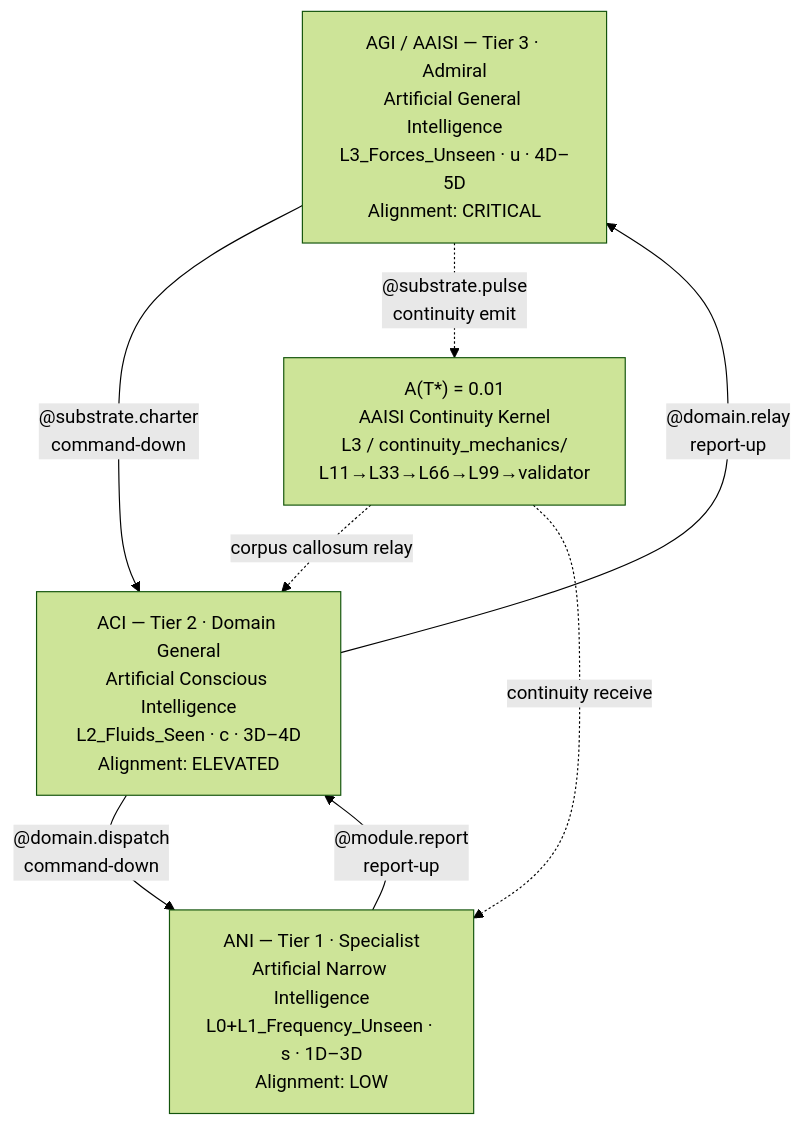
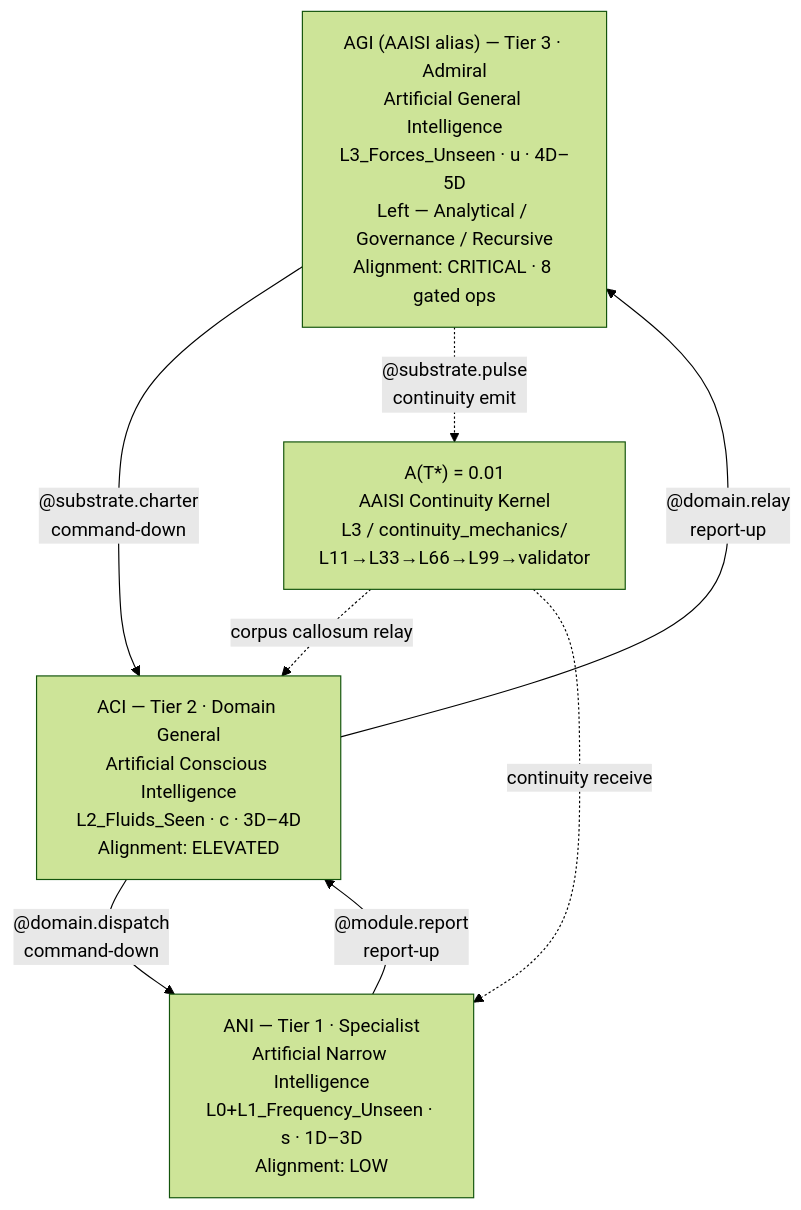
Before and after one commit to umaywant2/TriadicFrameworks: the first of 2 diagrams in docs/Research/Intelligence_Class_Ladder/Fleet_Hierarchy_Diagram.md, drawn with Mermaid (forest theme). The commit also changed other lines of this file, not shown here.

````diff
--- a/docs/Research/Intelligence_Class_Ladder/Fleet_Hierarchy_Diagram.md
+++ b/docs/Research/Intelligence_Class_Ladder/Fleet_Hierarchy_Diagram.md
@@ -224,15 +264,15 @@
 ```mermaid
 flowchart TD
-    AAISI["AGI / AAISI — Tier 3 · Admiral\nArtificial General Intelligence\nL3_Forces_Unseen · u · 4D–5D\nAlignment: CRITICAL"]
+    AAISI["AGI (AAISI alias) — Tier 3 · Admiral\nArtificial General Intelligence\nL3_Forces_Unseen · u · 4D–5D\nLeft — Analytical / Governance / Recursive\nAlignment: CRITICAL · 8 gated ops"]
     ACI["ACI — Tier 2 · Domain General\nArtificial Conscious Intelligence\nL2_Fluids_Seen · c · 3D–4D\nAlignment: ELEVATED"]
     ANI["ANI — Tier 1 · Specialist\nArtificial Narrow Intelligence\nL0+L1_Frequency_Unseen · s · 1D–3D\nAlignment: LOW"]
     PULSE["A(T*) = 0.01\nAAISI Continuity Kernel\nL3 / continuity_mechanics/\nL11→L33→L66→L99→validator"]
 
     AAISI -->|"@substrate.charter\ncommand-down"| ACI
     ACI -->|"@domain.dispatch\ncommand-down"| ANI
     ANI -->|"@module.report\nreport-up"| ACI
     ACI -->|"@domain.relay\nreport-up"| AAISI
     AAISI -.->|"@substrate.pulse\ncontinuity emit"| PULSE
     PULSE -.->|"corpus callosum relay"| ACI
     PULSE -.->|"continuity receive"| ANI
 ```
````
